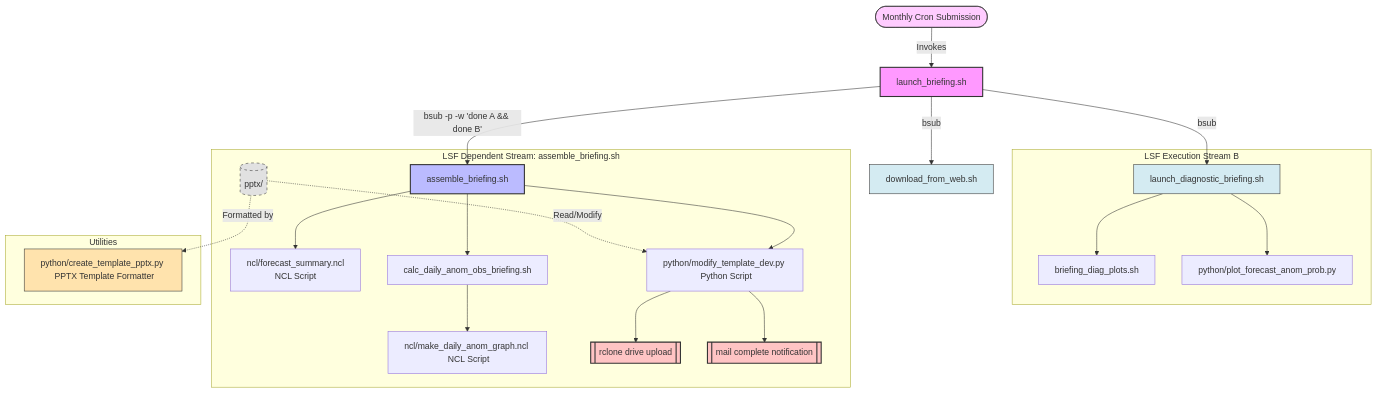
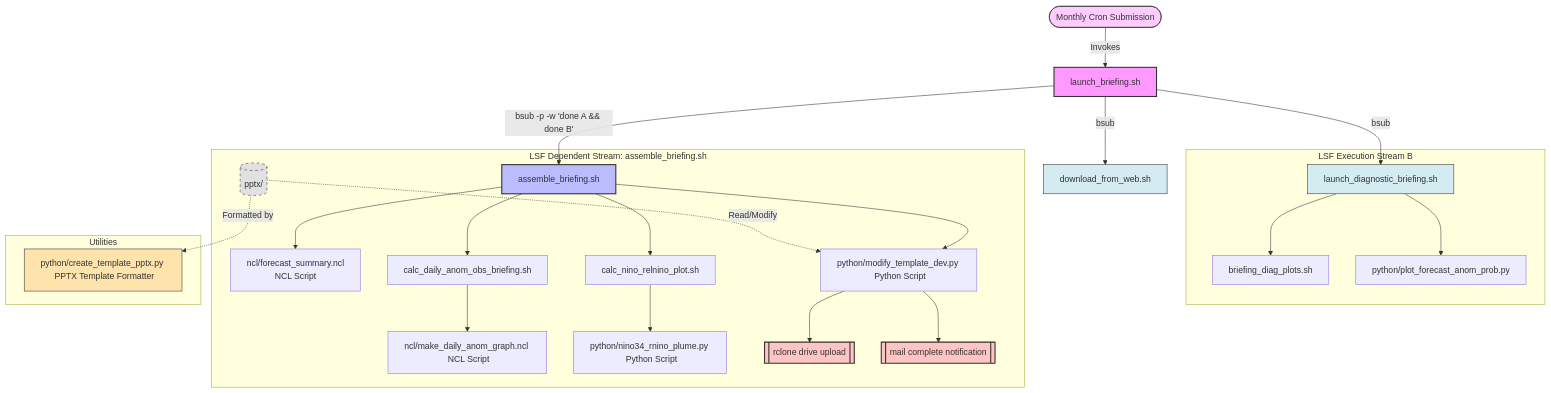
Before and after one commit to antosanna/CMCC-CPS1: the diagram in src/postproc/briefing_diags/readme.md, drawn with Mermaid. The commit also changed other lines of this file and 13 other files, not shown here.

````diff
--- a/src/postproc/briefing_diags/readme.md
+++ b/src/postproc/briefing_diags/readme.md
@@ -9,58 +9,60 @@
 ```mermaid
 graph TD
     %% Crontab submission
     Cron([Monthly Cron Submission]) -->|Invokes| Master[launch_briefing.sh]
 
     %% Level 1: LSF queue parallel execution streams
     Master -->|bsub| JobA[download_from_web.sh]
     Master -->|bsub| JobB[launch_diagnostic_briefing.sh]
     Master -->|bsub -p -w 'done A && done B'| JobC[assemble_briefing.sh]
 
     %% LSF Tier 1 (Stream A is childless)
     style JobA fill:#d4ebf2,stroke:#333
 
     %% LSF Tier 1 (Stream B with its children)
     subgraph Stream_B [LSF Execution Stream B]
         JobB --> ScriptB_1[briefing_diag_plots.sh]
         JobB --> ScriptB_2[python/plot_forecast_anom_prob.py]
     end 
 
     %% Level 2 & 3: LSF double dependency queue submission and final actions with its children
     subgraph Stream_C [LSF Dependent Stream: assemble_briefing.sh]
         JobC --> SubNCL[ncl/forecast_summary.ncl <br> NCL Script]
         JobC --> SubShell[calc_daily_anom_obs_briefing.sh]
         SubShell --> SubShellNCL[ncl/make_daily_anom_graph.ncl <br> NCL Script]
-        
+        JobC --> SubShell_2[calc_nino_relnino_plot.sh]
+        SubShell_2 --> SubShellPy[python/nino34_rnino_plume.py <br> Python Script]
+
         JobC --> SubPy[python/modify_template_dev.py <br> Python Script]
         %% Template pptx interaction
         Templates[(pptx/)] -.->|Read/Modify| SubPy
             
         %% Final steps executed by JobC after program is complete
         SubPy --> RClone[[rclone drive upload]]
         SubPy --> Mail[[mail complete notification]]
     end 
 
     %% Utility script (not run by this program - manually executed on login nodes)
     subgraph Utilities [Utilities]
         Formatter[python/create_template_pptx.py <br> PPTX Template Formatter]
         Templates -.->|Formatted by| Formatter
     end 
 
     %% Interactive links (relative paths)
     click Master "launch_briefing.sh" "View launch_briefing script"
     click JobA "download_from_web.sh" "View download_from_web script"
     click JobB "launch_diagnostic_briefing.sh" "View launch_diagnostic_briefing script"
     click JobC "assemble_briefing.sh" "View assemble_briefing script"
     click Templates "pptx/" "Open templates directory"
     click Formatter "python/create_template_pptx.py" "View PPTX formatter script"
 
     %% Visual Styling Legend
     style Cron fill:#fcf,stroke:#333
     style Master fill:#f9f,stroke:#333,stroke-width:2px
     style JobB fill:#d4ebf2,stroke:#333
     style JobC fill:#bbf,stroke:#333,stroke-width:2px
     style RClone fill:#ffc4c4,stroke:#333,stroke-width:2px
     style Mail fill:#ffc4c4,stroke:#333,stroke-width:2px
     style Templates fill:#e1e1e1,stroke:#333,stroke-dasharray: 5 5 
     style Formatter fill:#ffe3ad,stroke:#333
 ```
````
